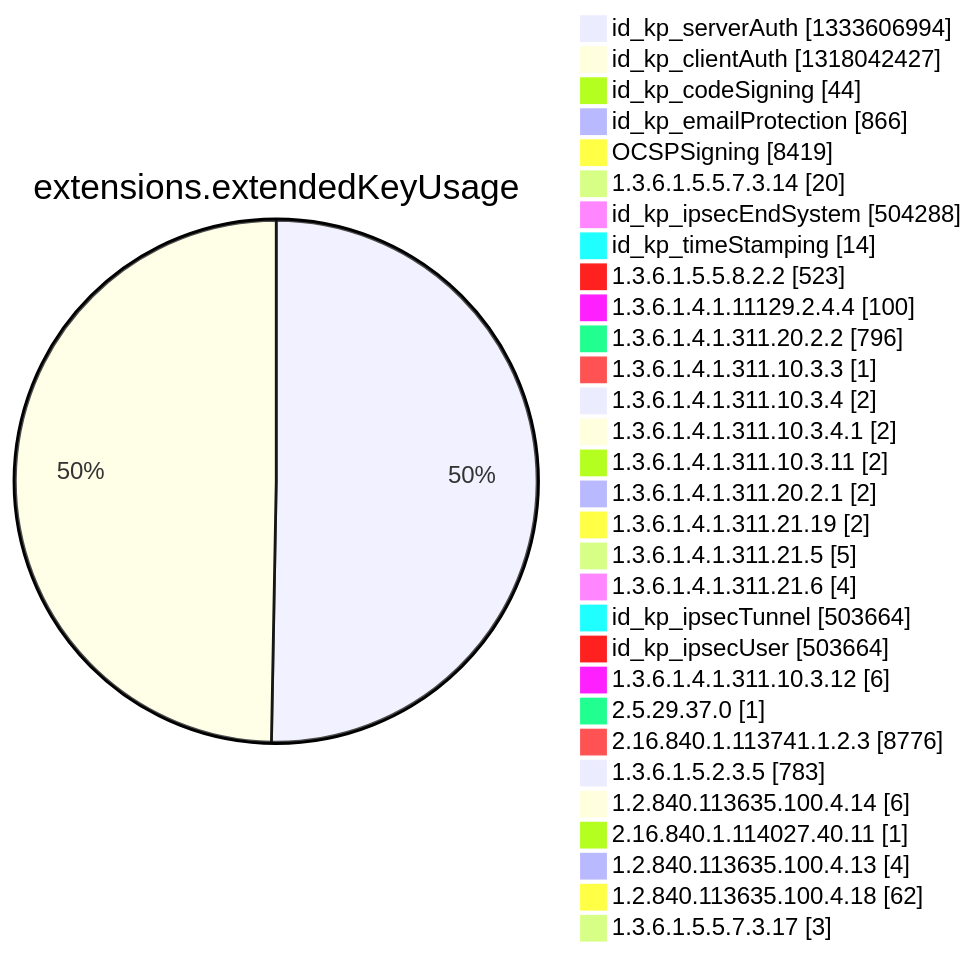
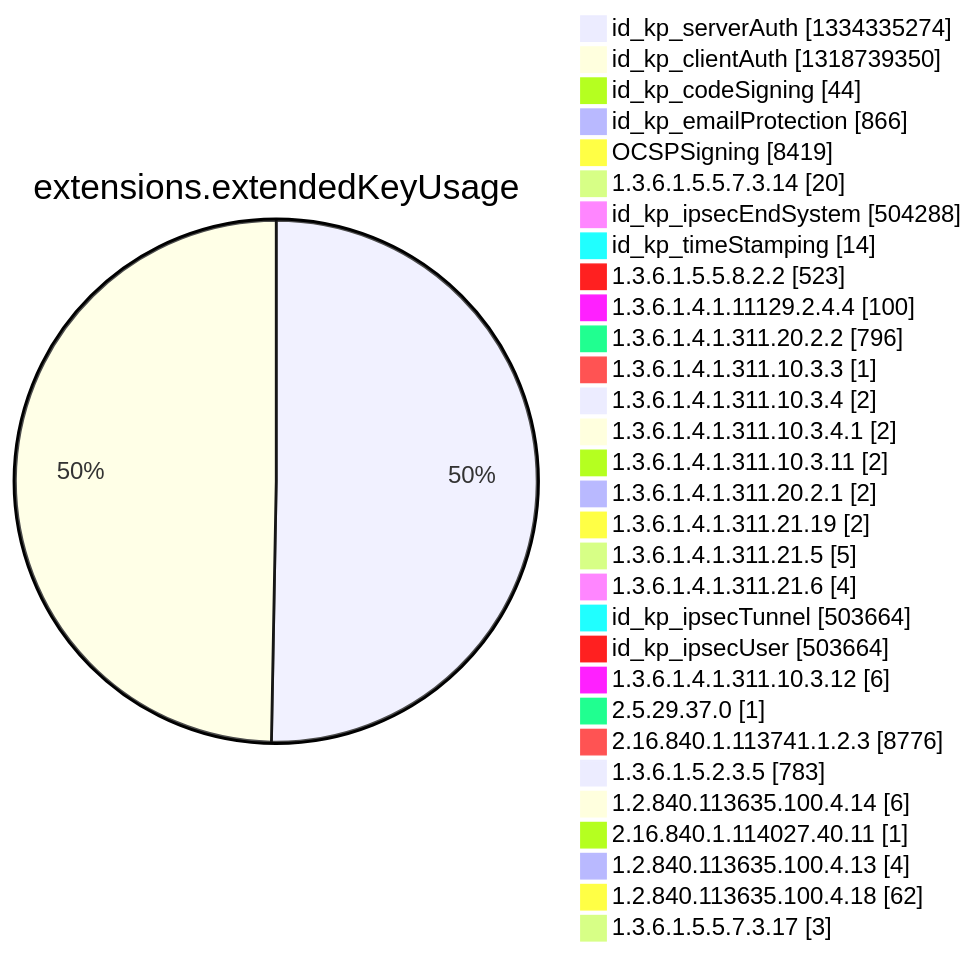
One commit to christiankrug/ctmonitor_visualization changed diagram 12 of 15 in argon2022/README.md. Above: the diagram before and after it, drawn with Mermaid. The commit also changed other lines of this file, not shown here.

````diff
--- a/argon2022/README.md
+++ b/argon2022/README.md
@@ -3553,34 +3553,34 @@
 ```mermaid
 pie showData
 title extensions.extendedKeyUsage
-"id_kp_serverAuth" :1333606994
-"id_kp_clientAuth" :1318042427
+"id_kp_serverAuth" :1334335274
+"id_kp_clientAuth" :1318739350
 "id_kp_codeSigning" :44
 "id_kp_emailProtection" :866
 "OCSPSigning" :8419
 "1.3.6.1.5.5.7.3.14" :20
 "id_kp_ipsecEndSystem" :504288
 "id_kp_timeStamping" :14
 "1.3.6.1.5.5.8.2.2" :523
 "1.3.6.1.4.1.11129.2.4.4" :100
 "1.3.6.1.4.1.311.20.2.2" :796
 "1.3.6.1.4.1.311.10.3.3" :1
 "1.3.6.1.4.1.311.10.3.4" :2
 "1.3.6.1.4.1.311.10.3.4.1" :2
 "1.3.6.1.4.1.311.10.3.11" :2
 "1.3.6.1.4.1.311.20.2.1" :2
 "1.3.6.1.4.1.311.21.19" :2
 "1.3.6.1.4.1.311.21.5" :5
 "1.3.6.1.4.1.311.21.6" :4
 "id_kp_ipsecTunnel" :503664
 "id_kp_ipsecUser" :503664
 "1.3.6.1.4.1.311.10.3.12" :6
 "2.5.29.37.0" :1
 "2.16.840.1.113741.1.2.3" :8776
 "1.3.6.1.5.2.3.5" :783
 "1.2.840.113635.100.4.14" :6
 "2.16.840.1.114027.40.11" :1
 "1.2.840.113635.100.4.13" :4
 "1.2.840.113635.100.4.18" :62
 "1.3.6.1.5.5.7.3.17" :3
 ```
````
